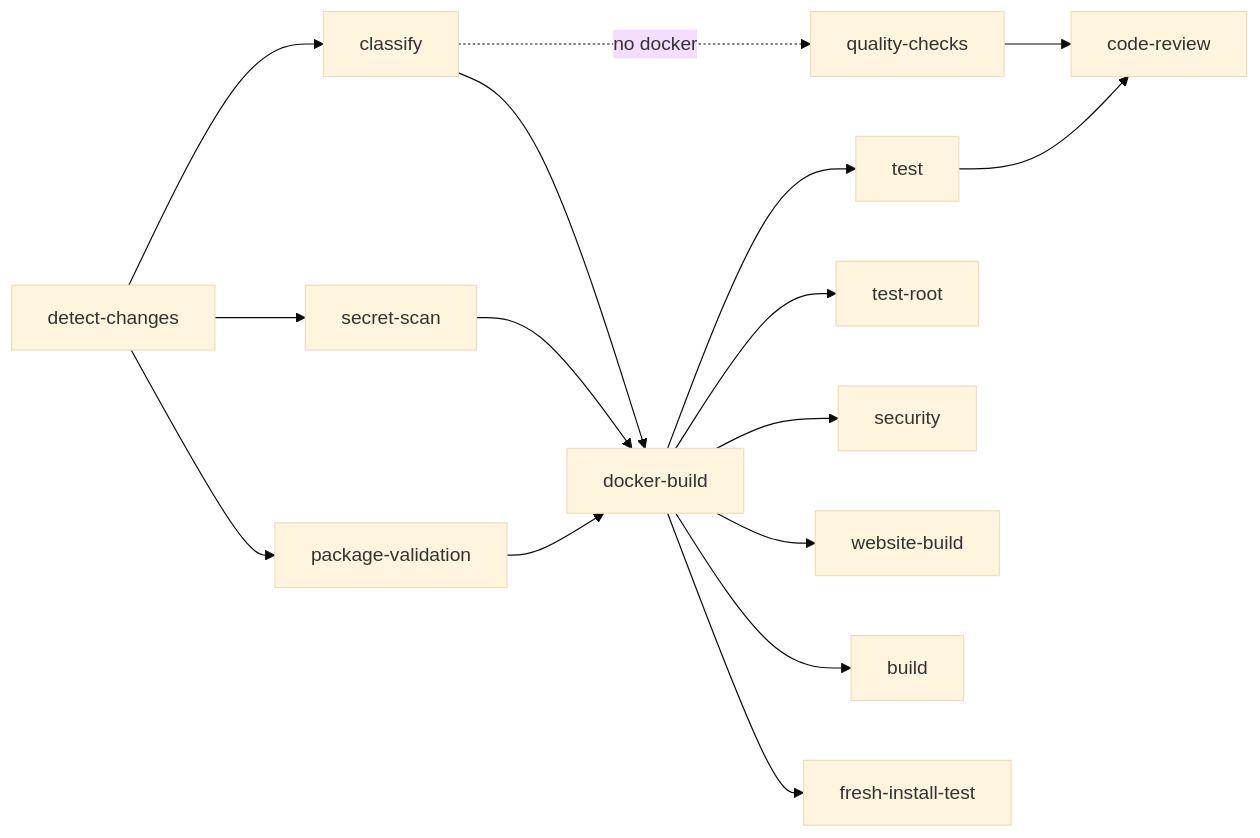
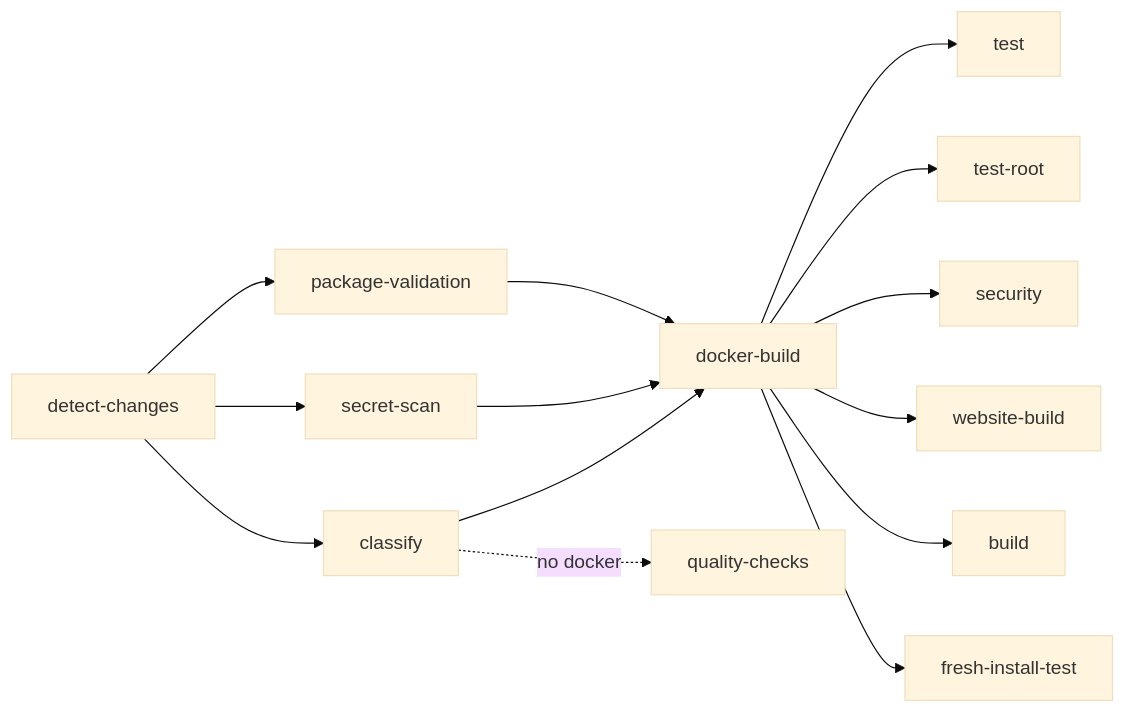
One commit to smith-horn/skillsmith changed the diagram in .claude/development/ci-reference.md. Above: the diagram before and after it, drawn with Mermaid (base theme). The commit also changed other lines of this file and 10 other files, not shown here.

````diff
--- a/.claude/development/ci-reference.md
+++ b/.claude/development/ci-reference.md
@@ -216,22 +218,20 @@
 ```mermaid
 graph LR
   detect-changes --> classify
   detect-changes --> secret-scan
   detect-changes --> package-validation
 
   classify --> docker-build
   secret-scan --> docker-build
   package-validation --> docker-build
 
   classify -.no docker.-> quality-checks
 
   docker-build --> test
   docker-build --> test-root
   docker-build --> security
   docker-build --> website-build
   docker-build --> build
   docker-build --> fresh-install-test
 
-  quality-checks --> code-review
-  test --> code-review
 ```
````
